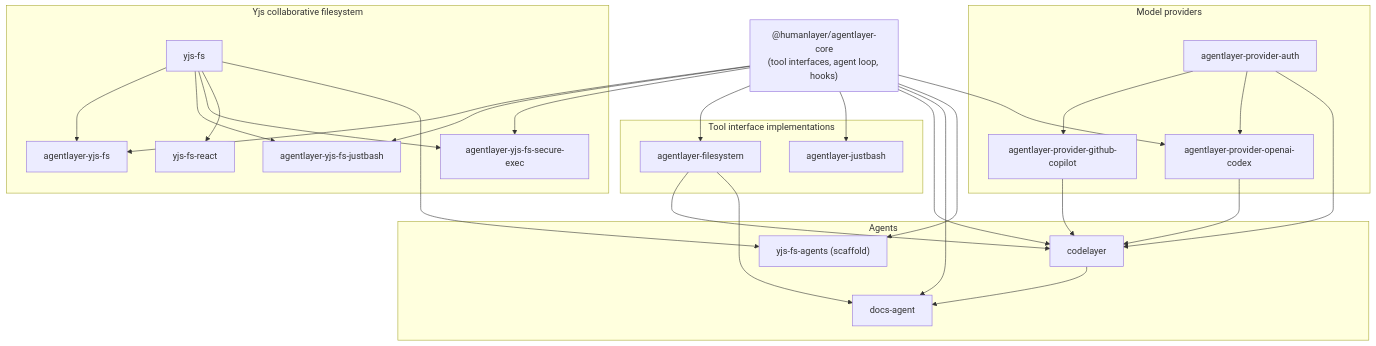
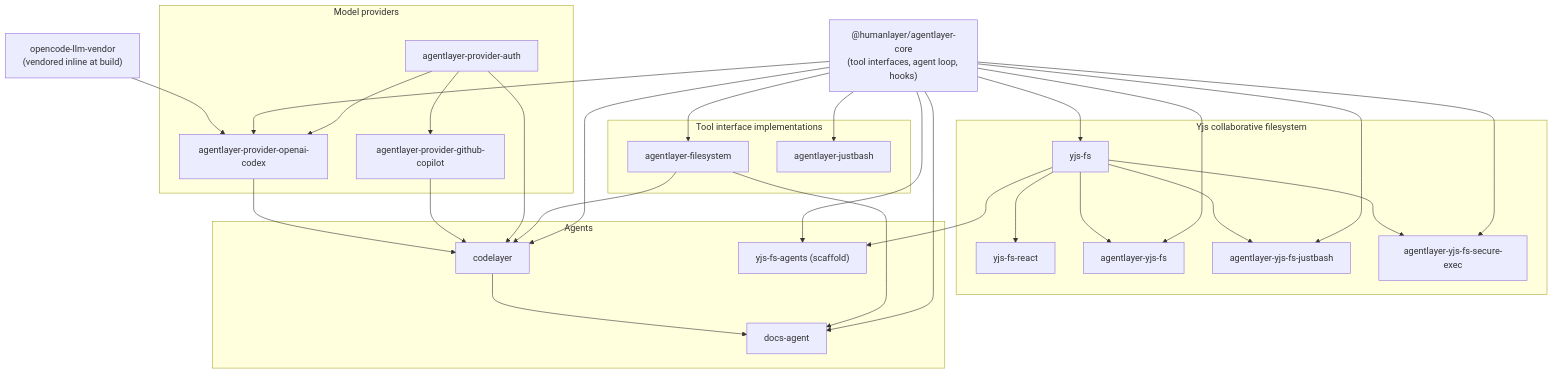
One commit to humanlayer/agentlayer changed the diagram in README.md. Above: the diagram before and after it, drawn with Mermaid. The commit also changed other lines of this file and 10 other files, not shown here.

````diff
--- a/README.md
+++ b/README.md
@@ -7,57 +7,61 @@
 ```mermaid
 flowchart TB
     core["@humanlayer/agentlayer-core<br/>(tool interfaces, agent loop, hooks)"]
 
     subgraph Executors["Tool interface implementations"]
         filesystem["agentlayer-filesystem"]
         justbash["agentlayer-justbash"]
     end
 
     subgraph Providers["Model providers"]
         auth["agentlayer-provider-auth"]
         copilot["agentlayer-provider-github-copilot"]
         codex["agentlayer-provider-openai-codex"]
     end
+
+    vendor["opencode-llm-vendor<br/>(vendored inline at build)"]
 
     subgraph YjsFamily["Yjs collaborative filesystem"]
         yjsfs["yjs-fs"]
         yjsfsreact["yjs-fs-react"]
         yjsfstools["agentlayer-yjs-fs"]
         yjsfsbash["agentlayer-yjs-fs-justbash"]
         yjsfssecure["agentlayer-yjs-fs-secure-exec"]
     end
 
     subgraph Agents["Agents"]
         codelayer["codelayer"]
         docsagent["docs-agent"]
         yjsfsagents["yjs-fs-agents (scaffold)"]
     end
 
     core --> filesystem
     core --> justbash
 
     auth --> copilot
     auth --> codex
     core --> codex
+    vendor --> codex
 
+    core --> yjsfs
     core --> yjsfstools
     yjsfs --> yjsfstools
     core --> yjsfsbash
     yjsfs --> yjsfsbash
     core --> yjsfssecure
     yjsfs --> yjsfssecure
     yjsfs --> yjsfsreact
 
     core --> codelayer
     filesystem --> codelayer
     auth --> codelayer
     copilot --> codelayer
     codex --> codelayer
 
     core --> docsagent
     filesystem --> docsagent
     codelayer --> docsagent
 
     core --> yjsfsagents
     yjsfs --> yjsfsagents
 ```
````
